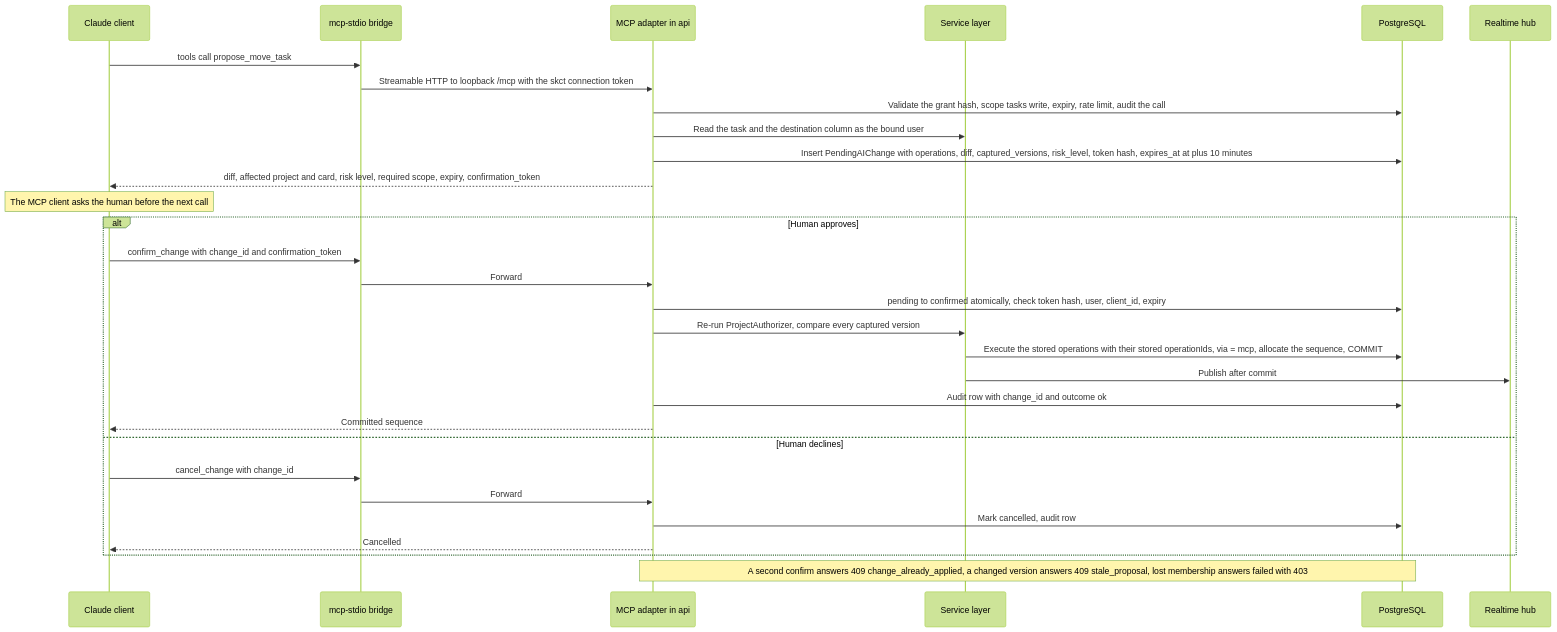
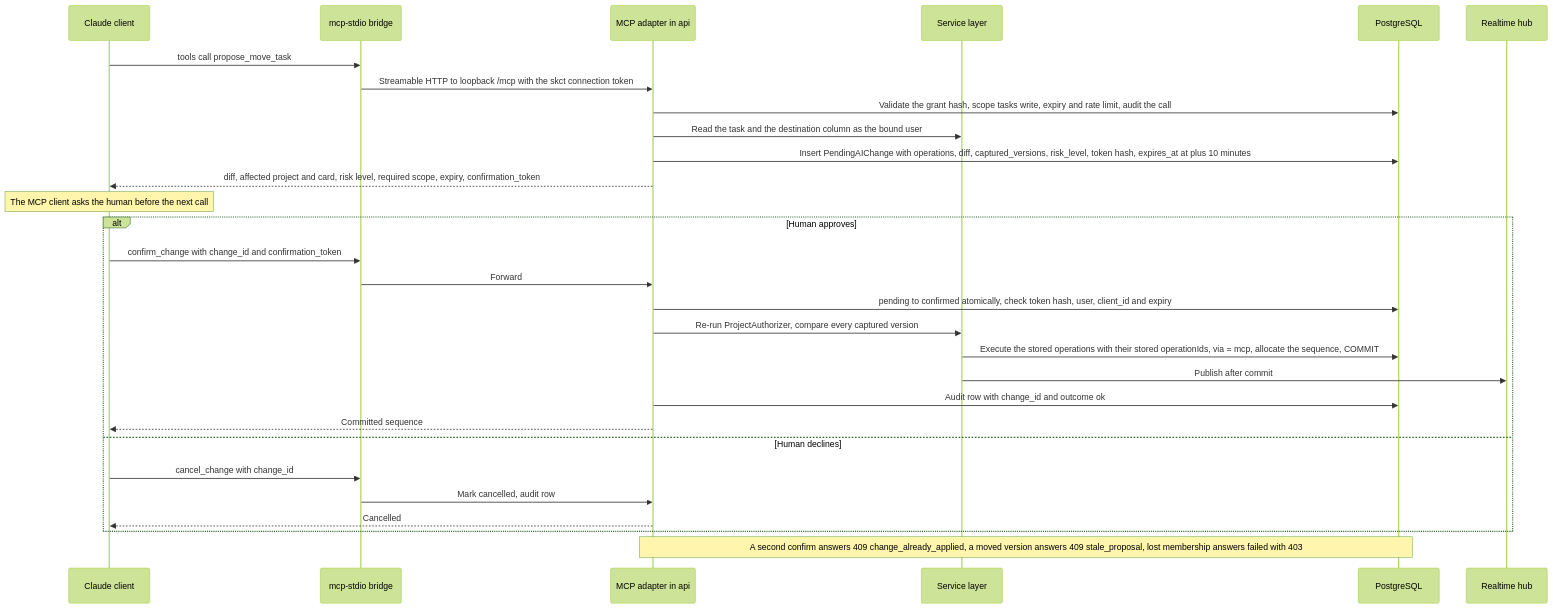
One commit to cdcucco/Shared-Kanban changed diagram 11 of 13 in docs/architecture.md. Above: the diagram before and after it, drawn with Mermaid (forest theme). The commit also changed other lines of this file and 1 other file, not shown here.

First line of the commit message:
docs: architecture and threat model drafts

````diff
--- a/docs/architecture.md
+++ b/docs/architecture.md
@@ -677,32 +615,31 @@
 ```mermaid
 sequenceDiagram
     participant C as Claude client
     participant Br as mcp-stdio bridge
     participant MCP as MCP adapter in api
     participant Svc as Service layer
     participant DB as PostgreSQL
     participant Hub as Realtime hub
     C->>Br: tools call propose_move_task
     Br->>MCP: Streamable HTTP to loopback /mcp with the skct connection token
-    MCP->>DB: Validate the grant hash, scope tasks write, expiry, rate limit, audit the call
+    MCP->>DB: Validate the grant hash, scope tasks write, expiry and rate limit, audit the call
     MCP->>Svc: Read the task and the destination column as the bound user
     MCP->>DB: Insert PendingAIChange with operations, diff, captured_versions, risk_level, token hash, expires_at at plus 10 minutes
     MCP-->>C: diff, affected project and card, risk level, required scope, expiry, confirmation_token
     Note over C: The MCP client asks the human before the next call
     alt Human approves
         C->>Br: confirm_change with change_id and confirmation_token
         Br->>MCP: Forward
-        MCP->>DB: pending to confirmed atomically, check token hash, user, client_id, expiry
+        MCP->>DB: pending to confirmed atomically, check token hash, user, client_id and expiry
         MCP->>Svc: Re-run ProjectAuthorizer, compare every captured version
         Svc->>DB: Execute the stored operations with their stored operationIds, via = mcp, allocate the sequence, COMMIT
         Svc->>Hub: Publish after commit
         MCP->>DB: Audit row with change_id and outcome ok
         MCP-->>C: Committed sequence
     else Human declines
         C->>Br: cancel_change with change_id
-        Br->>MCP: Forward
-        MCP->>DB: Mark cancelled, audit row
+        Br->>MCP: Mark cancelled, audit row
         MCP-->>C: Cancelled
     end
-    Note over MCP,DB: A second confirm answers 409 change_already_applied, a changed version answers 409 stale_proposal, lost membership answers failed with 403
+    Note over MCP,DB: A second confirm answers 409 change_already_applied, a moved version answers 409 stale_proposal, lost membership answers failed with 403
 ```
````
